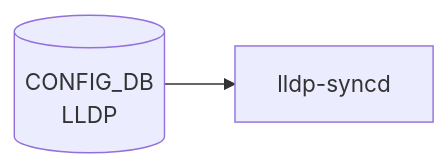
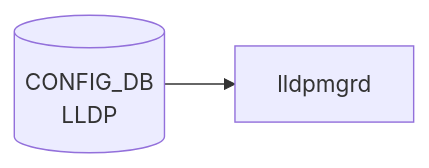
One commit to aoki-taquan/sonic-unofficial-docs changed the diagram in docs/reference/config-db/lldp.md. Above: the diagram before and after it, drawn with Mermaid. The commit also changed 13 other files, not shown here.

````diff
--- a/docs/reference/config-db/lldp.md
+++ b/docs/reference/config-db/lldp.md
@@ -31,6 +31,6 @@
 ```mermaid
 flowchart LR
   CDB[("CONFIG_DB<br/>LLDP")]
-  DM["lldp-syncd"]
+  DM["lldpmgrd"]
   CDB --> DM
 ```
````
